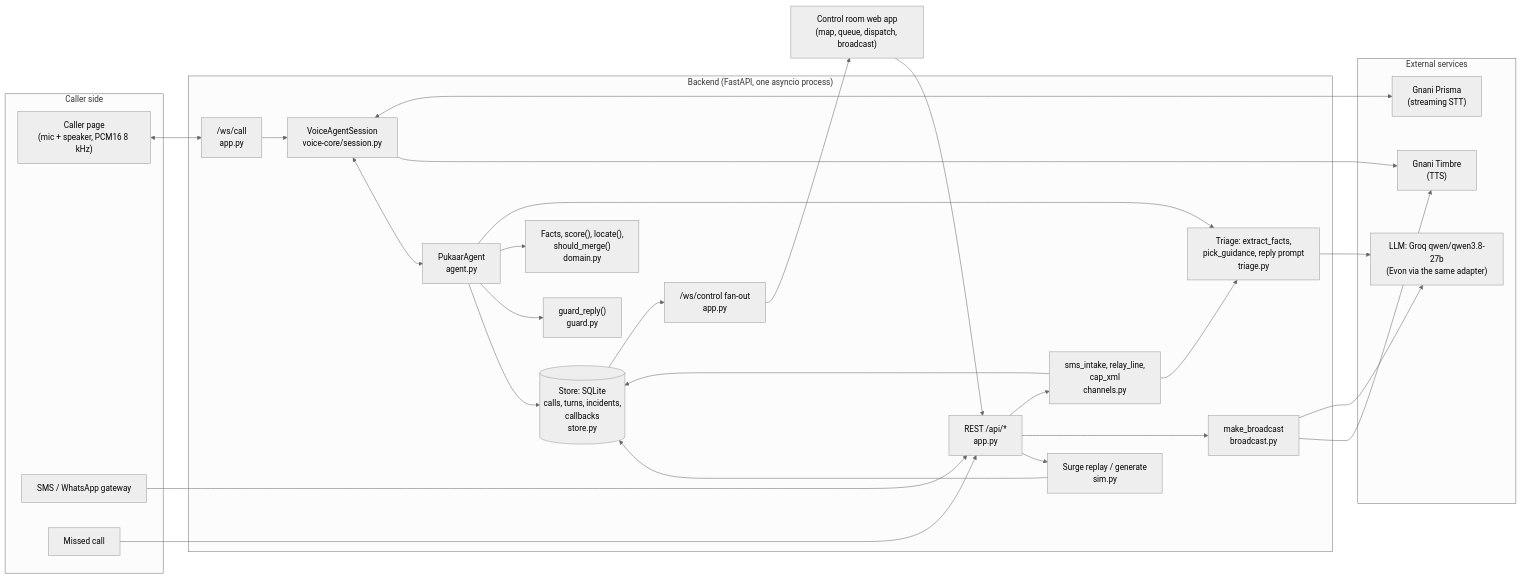
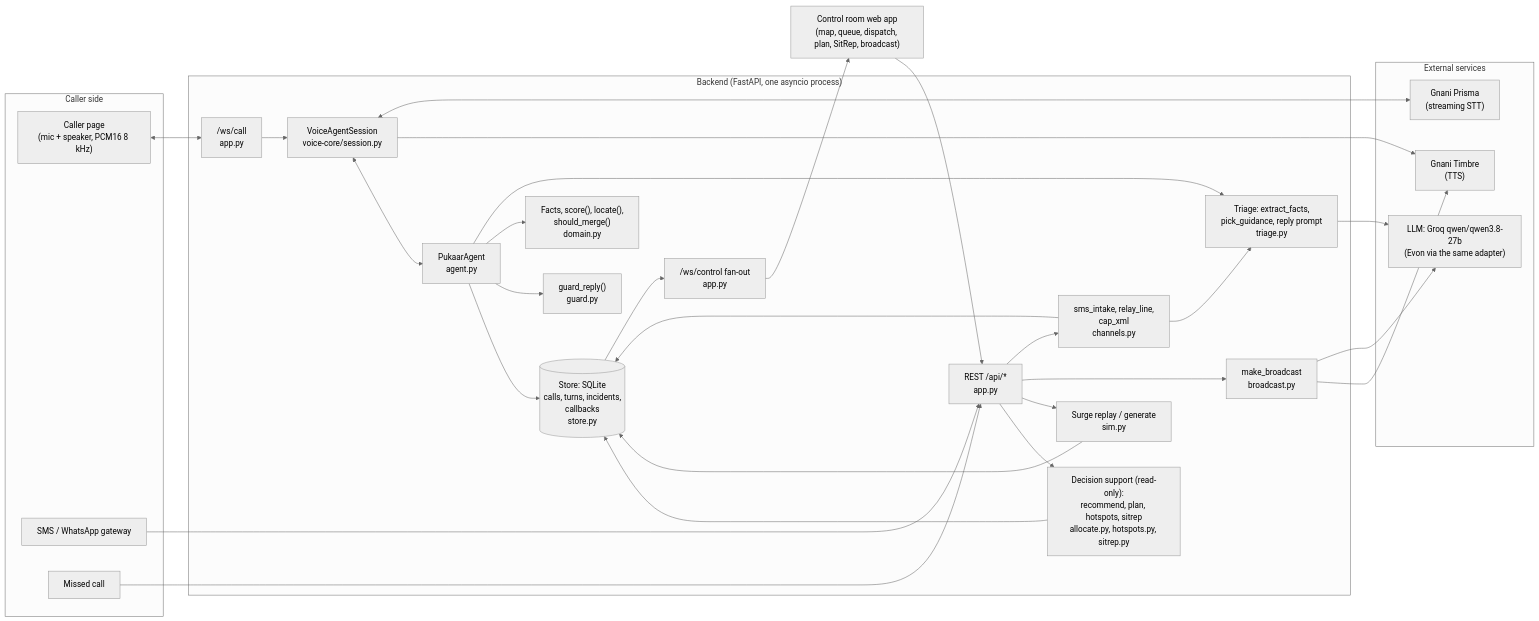
The diagram in docs/ARCHITECTURE.md (nitya-prakash-pandey-2005/pukaar), drawn with Mermaid (neutral theme) before and after one commit.

Commit message:
docs(architecture): decision-support modules in the backend diagram

````diff
--- a/docs/ARCHITECTURE.md
+++ b/docs/ARCHITECTURE.md
@@ -10,48 +10,50 @@
 ```mermaid
 flowchart LR
     subgraph callers["Caller side"]
         phone["Caller page<br/>(mic + speaker, PCM16 8 kHz)"]
         sms["SMS / WhatsApp gateway"]
         missed["Missed call"]
     end
 
     subgraph backend["Backend (FastAPI, one asyncio process)"]
         wscall["/ws/call<br/>app.py"]
         session["VoiceAgentSession<br/>voice-core/session.py"]
         agent["PukaarAgent<br/>agent.py"]
         triage["Triage: extract_facts,<br/>pick_guidance, reply prompt<br/>triage.py"]
         domain["Facts, score(), locate(),<br/>should_merge()<br/>domain.py"]
         guard["guard_reply()<br/>guard.py"]
         store[("Store: SQLite<br/>calls, turns, incidents,<br/>callbacks<br/>store.py")]
         channels["sms_intake, relay_line,<br/>cap_xml<br/>channels.py"]
         bcast["make_broadcast<br/>broadcast.py"]
         sim["Surge replay / generate<br/>sim.py"]
+        decide["Decision support (read-only):<br/>recommend, plan, hotspots, sitrep<br/>allocate.py, hotspots.py, sitrep.py"]
         wsctl["/ws/control fan-out<br/>app.py"]
         rest["REST /api/*<br/>app.py"]
     end
 
     subgraph external["External services"]
         prisma["Gnani Prisma<br/>(streaming STT)"]
         timbre["Gnani Timbre<br/>(TTS)"]
         llm["LLM: Groq qwen/qwen3.8-27b<br/>(Evon via the same adapter)"]
     end
 
-    ctl["Control room web app<br/>(map, queue, dispatch, broadcast)"]
+    ctl["Control room web app<br/>(map, queue, dispatch, plan, SitRep, broadcast)"]
 
     phone <--> wscall --> session
     session <--> prisma
     session --> timbre
     session <--> agent
     agent --> triage --> llm
     agent --> domain
     agent --> guard
     agent --> store
     sms --> rest --> channels --> triage
     missed --> rest
     channels --> store
     rest --> bcast --> llm
     bcast --> timbre
     rest --> sim --> store
+    rest --> decide --> store
     store --> wsctl --> ctl
     ctl --> rest
 ```
````
